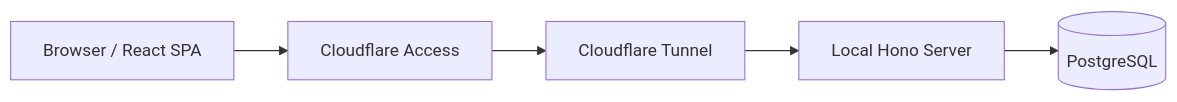
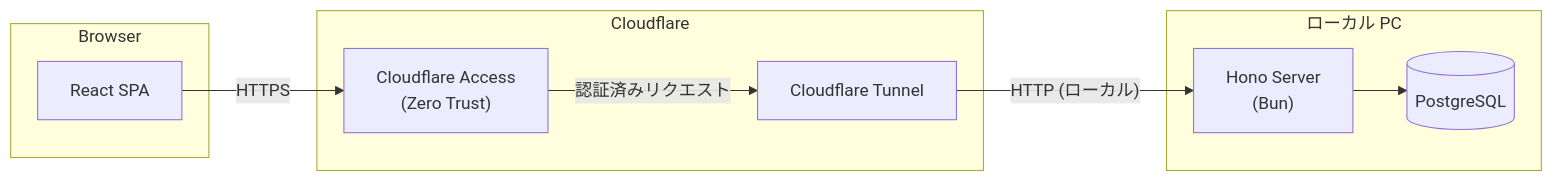
Before and after one commit to Kawatan1927/cooking-planner: the diagram in docs/docs/architecture/overview.md, drawn with Mermaid. The commit also changed other lines of this file and 34 other files, not shown here.

````diff
--- a/docs/docs/architecture/overview.md
+++ b/docs/docs/architecture/overview.md
@@ -17,7 +28,21 @@
 ```mermaid
 flowchart LR
-  Browser["Browser / React SPA"] --> Access["Cloudflare Access"]
-  Access --> Tunnel["Cloudflare Tunnel"]
-  Tunnel --> Hono["Local Hono Server"]
-  Hono --> Postgres[("PostgreSQL")]
+  subgraph Browser
+    UI["React SPA"]
+  end
+
+  subgraph Cloudflare
+    ACCESS["Cloudflare Access\n(Zero Trust)"]
+    TUNNEL["Cloudflare Tunnel"]
+  end
+
+  subgraph LocalPC["ローカル PC"]
+    HONO["Hono Server\n(Bun)"]
+    PG[("PostgreSQL")]
+  end
+
+  UI -->|"HTTPS"| ACCESS
+  ACCESS -->|"認証済みリクエスト"| TUNNEL
+  TUNNEL -->|"HTTP (ローカル)"| HONO
+  HONO --> PG
 ```
````
